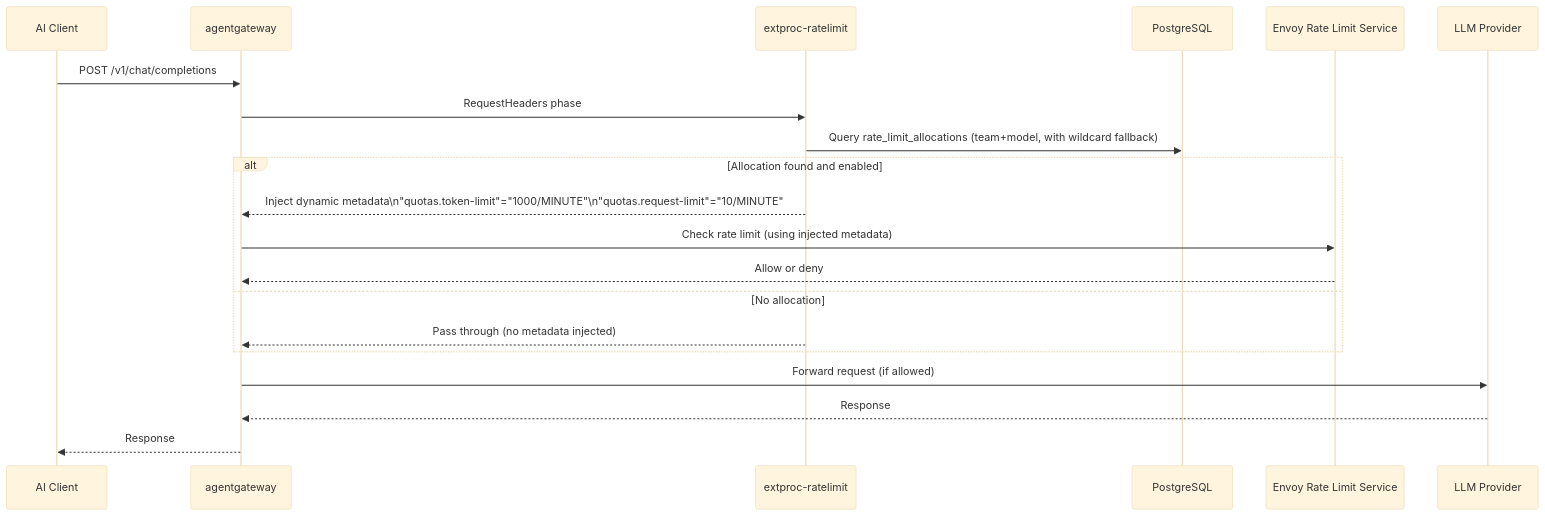
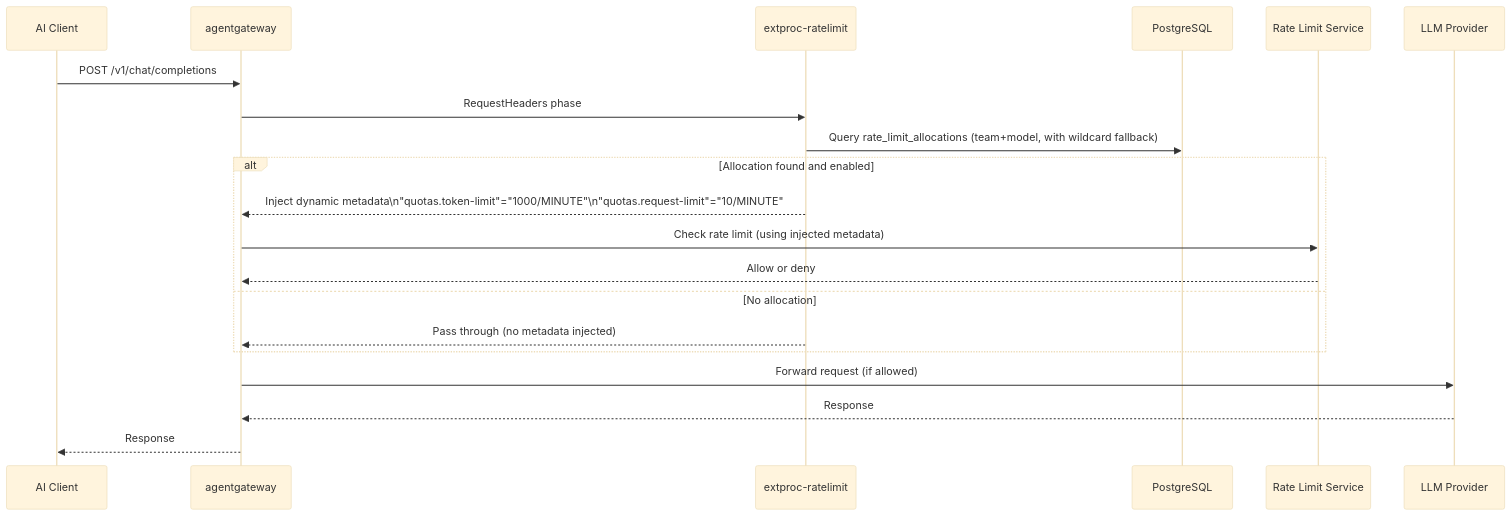
Before and after one commit to day0ops/quota-management: the third of 4 diagrams in docs/ARCH.md, drawn with Mermaid (base theme). The commit also changed other lines of this file and 2 other files, not shown here.

````diff
--- a/docs/ARCH.md
+++ b/docs/ARCH.md
@@ -88,25 +88,25 @@
 ```mermaid
 sequenceDiagram
     participant C as AI Client
     participant G as agentgateway
     participant R as extproc-ratelimit
     participant D as PostgreSQL
-    participant RLS as Envoy Rate Limit Service
+    participant RLS as Rate Limit Service
     participant L as LLM Provider
 
     C->>G: POST /v1/chat/completions
     G->>R: RequestHeaders phase
     R->>D: Query rate_limit_allocations (team+model, with wildcard fallback)
 
     alt Allocation found and enabled
         R-->>G: Inject dynamic metadata\n"quotas.token-limit"="1000/MINUTE"\n"quotas.request-limit"="10/MINUTE"
         G->>RLS: Check rate limit (using injected metadata)
         RLS-->>G: Allow or deny
     else No allocation
         R-->>G: Pass through (no metadata injected)
     end
 
     G->>L: Forward request (if allowed)
     L-->>G: Response
     G-->>C: Response
 ```
````
